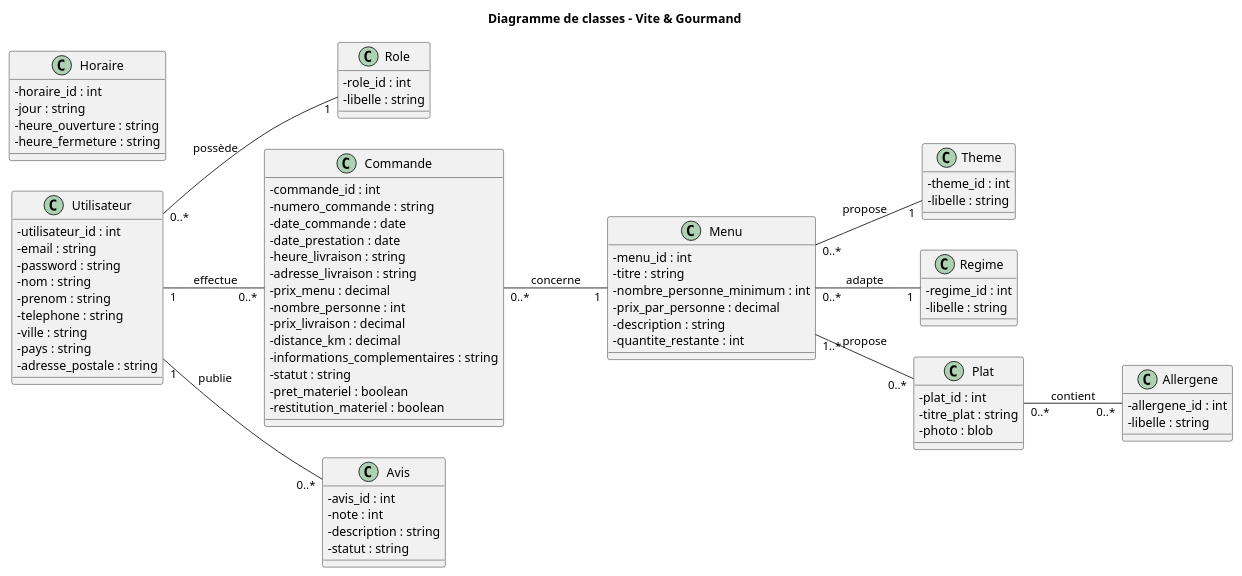
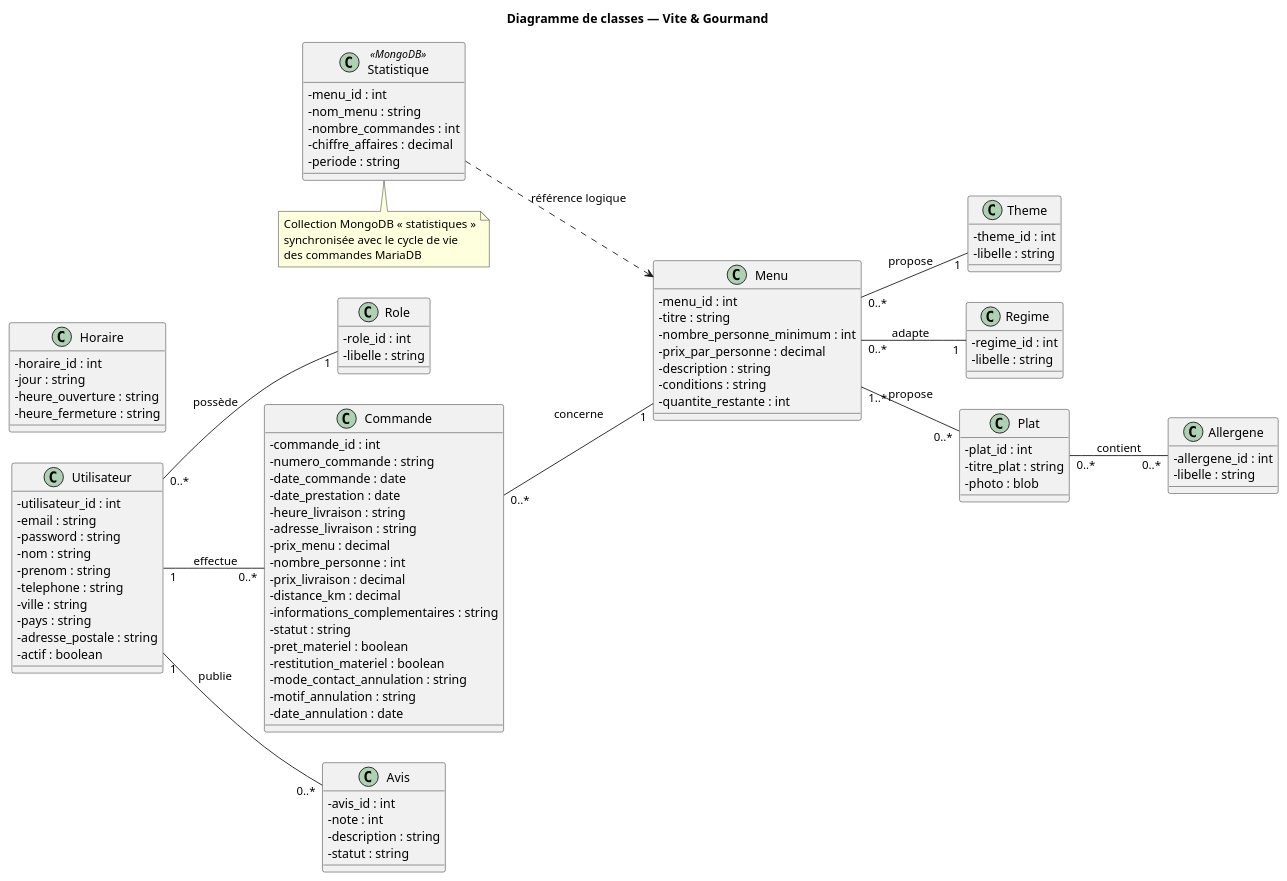
Before and after one commit to Meldince6790/vite-et-gourmand: the diagram in docs/diagrammes/diagramme-classes.puml, drawn with PlantUML. The commit also changed 21 other files, not shown here.

```diff
--- a/docs/diagrammes/diagramme-classes.puml
+++ b/docs/diagrammes/diagramme-classes.puml
@@ -1,132 +1,140 @@
-@startuml DiagrammeClasses
+@startuml diagramme-classes
 
-title Diagramme de classes - Vite & Gourmand
+title Diagramme de classes — Vite & Gourmand
 
 left to right direction
-
 skinparam classAttributeIconSize 0
 
 ' =====================
 ' Utilisateurs
 ' =====================
 
 class Utilisateur {
     - utilisateur_id : int
     - email : string
     - password : string
     - nom : string
     - prenom : string
     - telephone : string
     - ville : string
     - pays : string
     - adresse_postale : string
+    - actif : boolean
 }
 
 class Role {
     - role_id : int
     - libelle : string
 }
 
 Utilisateur "0..*" -- "1" Role : possède
-
 
 ' =====================
 ' Catalogue
 ' =====================
 
 class Menu {
     - menu_id : int
     - titre : string
     - nombre_personne_minimum : int
     - prix_par_personne : decimal
     - description : string
+    - conditions : string
     - quantite_restante : int
 }
 
 class Theme {
     - theme_id : int
     - libelle : string
 }
 
 class Regime {
     - regime_id : int
     - libelle : string
 }
 
 class Plat {
     - plat_id : int
     - titre_plat : string
     - photo : blob
 }
 
 class Allergene {
     - allergene_id : int
     - libelle : string
 }
 
-
 ' =====================
 ' Commandes
 ' =====================
 
 class Commande {
     - commande_id : int
     - numero_commande : string
     - date_commande : date
     - date_prestation : date
     - heure_livraison : string
     - adresse_livraison : string
     - prix_menu : decimal
     - nombre_personne : int
     - prix_livraison : decimal
     - distance_km : decimal
     - informations_complementaires : string
     - statut : string
     - pret_materiel : boolean
     - restitution_materiel : boolean
+    - mode_contact_annulation : string
+    - motif_annulation : string
+    - date_annulation : date
 }
 
-
 ' =====================
-' Avis
+' Avis / Horaires
 ' =====================
 
 class Avis {
     - avis_id : int
     - note : int
     - description : string
     - statut : string
 }
 
-
-' =====================
-' Horaire
-' =====================
-
 class Horaire {
     - horaire_id : int
     - jour : string
     - heure_ouverture : string
     - heure_fermeture : string
 }
 
+' =====================
+' Statistiques (MongoDB)
+' =====================
+
+class Statistique <<MongoDB>> {
+    - menu_id : int
+    - nom_menu : string
+    - nombre_commandes : int
+    - chiffre_affaires : decimal
+    - periode : string
+}
 
 ' =====================
 ' Associations
 ' =====================
 
 Utilisateur "1" -- "0..*" Commande : effectue
+Commande "0..*" -- "1" Menu : concerne
+Utilisateur "1" -- "0..*" Avis : publie
+Menu "0..*" -- "1" Theme : propose
+Menu "0..*" -- "1" Regime : adapte
+Menu "1..*" -- "0..*" Plat : propose
+Plat "0..*" -- "0..*" Allergene : contient
+Statistique ..> Menu : référence logique
 
-Commande "0..*" -- "1" Menu : concerne
-
-Utilisateur "1" -- "0..*" Avis : publie
-
-Menu "0..*" -- "1" Theme : propose
-
-Menu "0..*" -- "1" Regime : adapte
-
-Menu "1..*" -- "0..*" Plat : propose
-
-Plat "0..*" -- "0..*" Allergene : contient
+note bottom of Statistique
+  Collection MongoDB « statistiques »
+  synchronisée avec le cycle de vie
+  des commandes MariaDB
+end note
 
 @enduml
```
